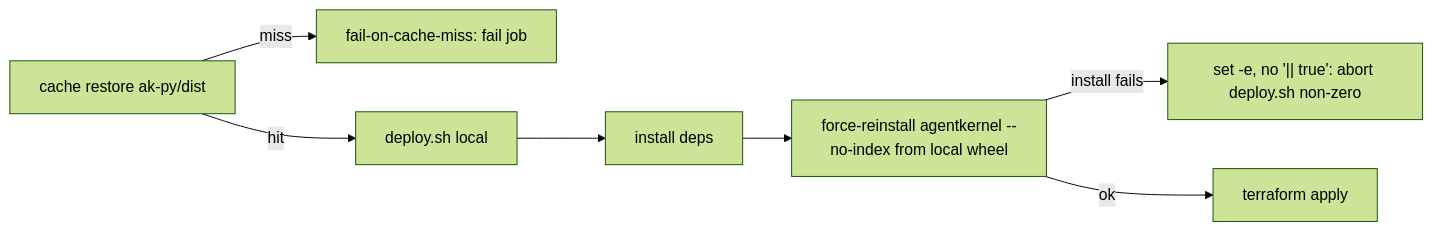
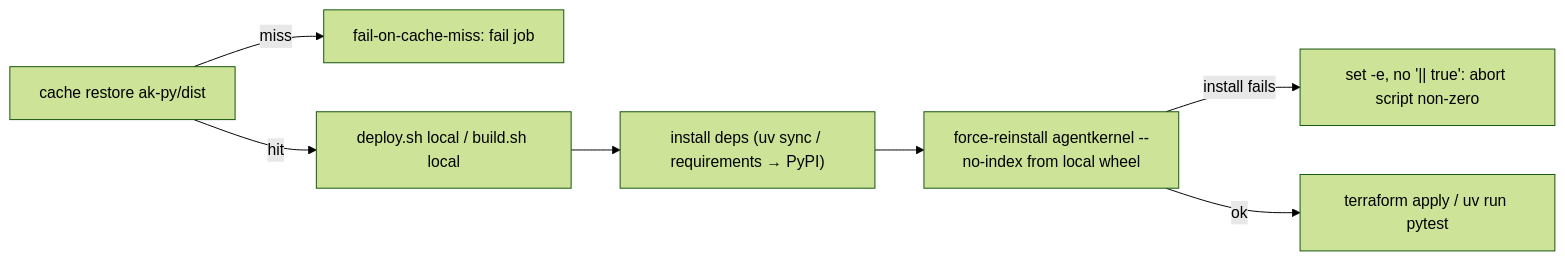
Before and after one commit to yaalalabs/agent-kernel: the diagram in docs/specs/542-cicd-issue/design.md, drawn with Mermaid (forest theme). The commit also changed other lines of this file and 64 other files, not shown here.

Commit message:
fix: add --no-cache-dir to local wheel installation in build scripts to prevent stale cache usage

````diff
--- a/docs/specs/542-cicd-issue/design.md
+++ b/docs/specs/542-cicd-issue/design.md
@@ -48,9 +87,9 @@
 ```mermaid
 flowchart LR
     A["cache restore ak-py/dist"] -->|miss| B["fail-on-cache-miss: fail job"]
-    A -->|hit| C["deploy.sh local"]
-    C --> D["install deps"]
+    A -->|hit| C["deploy.sh local / build.sh local"]
+    C --> D["install deps (uv sync / requirements → PyPI)"]
     D --> E["force-reinstall agentkernel --no-index from local wheel"]
-    E -->|install fails| F["set -e, no '|| true': abort deploy.sh non-zero"]
-    E -->|ok| G["terraform apply"]
+    E -->|install fails| F["set -e, no '|| true': abort script non-zero"]
+    E -->|ok| G["terraform apply / uv run pytest"]
 ```
````
